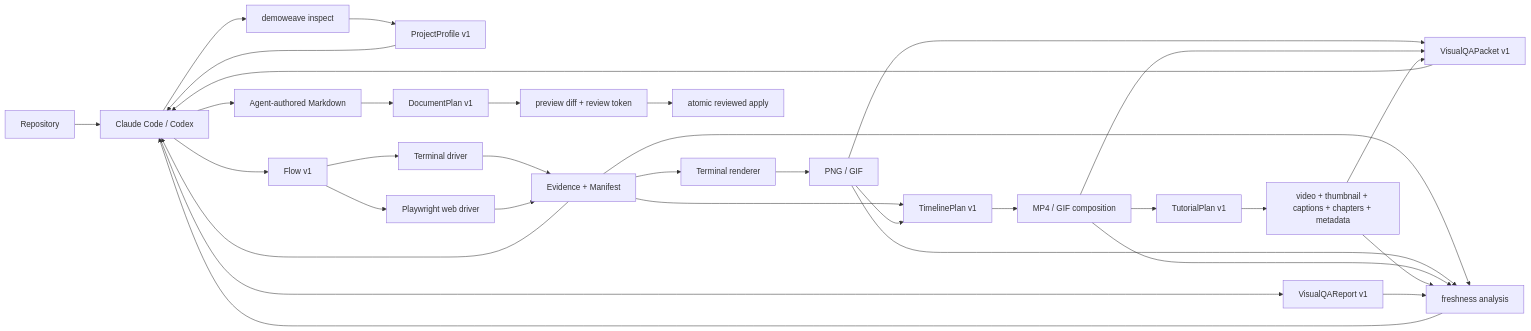
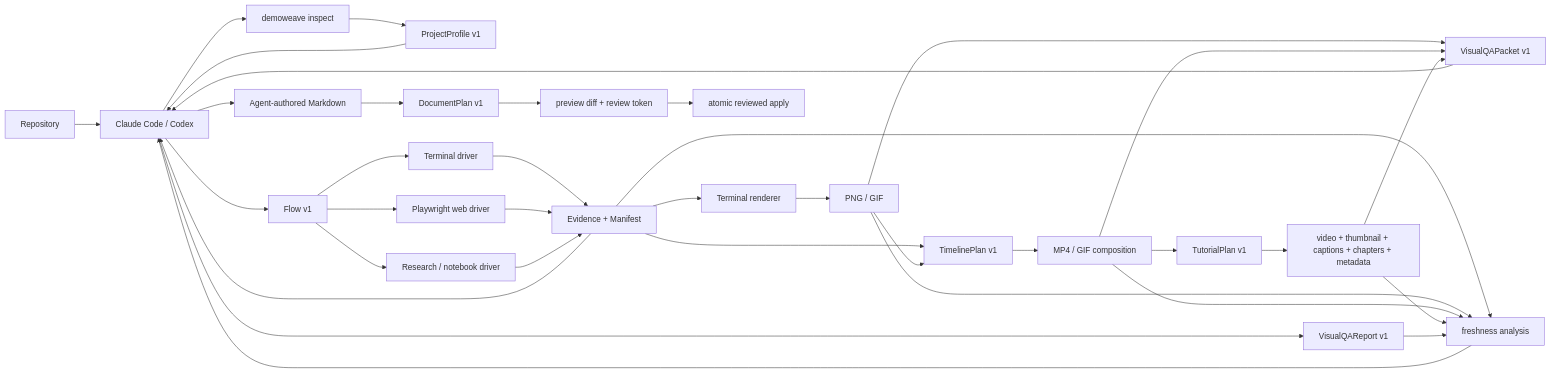
One commit to KingHacker9000/demoweave changed the diagram in README.md. Above: the diagram before and after it, drawn with Mermaid. The commit also changed other lines of this file and 24 other files, not shown here.

First line of the commit message:
M11: capture native research and notebook artifacts (#14)

````diff
--- a/README.md
+++ b/README.md
@@ -50,35 +51,37 @@
 ```mermaid
 flowchart LR
     R["Repository"] --> A["Claude Code / Codex"]
     A --> I["demoweave inspect"]
     I --> P["ProjectProfile v1"]
     P --> A
     A --> F["Flow v1"]
     F --> T["Terminal driver"]
     F --> B["Playwright web driver"]
+    F --> RS["Research / notebook driver"]
     T --> E["Evidence + Manifest"]
     B --> E
+    RS --> E
     E --> V["Terminal renderer"]
     V --> M["PNG / GIF"]
     E --> TL["TimelinePlan v1"]
     M --> TL
     TL --> C["MP4 / GIF composition"]
     C --> TP["TutorialPlan v1"]
     TP --> PKG["video + thumbnail + captions + chapters + metadata"]
     M --> QA["VisualQAPacket v1"]
     C --> QA
     PKG --> QA
     QA --> A
     A --> QR["VisualQAReport v1"]
     E --> S["freshness analysis"]
     M --> S
     C --> S
     PKG --> S
     QR --> S
     S --> A
     E --> A
     A --> W["Agent-authored Markdown"]
     W --> DP["DocumentPlan v1"]
     DP --> RV["preview diff + review token"]
     RV --> AP["atomic reviewed apply"]
 ```
````
